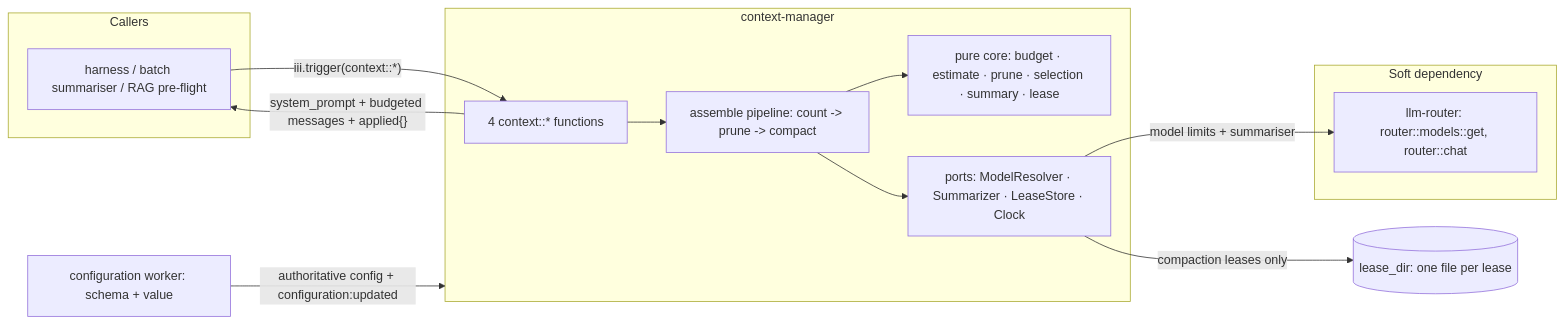
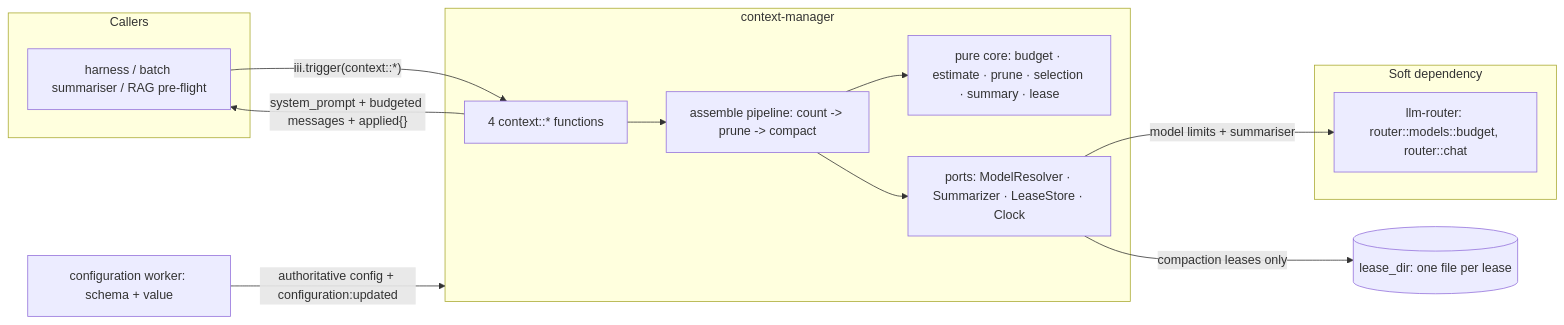
Before and after one commit to iii-hq/workers: the diagram in context-manager/architecture/README.md, drawn with Mermaid. The commit also changed other lines of this file and 24 other files, not shown here.

Commit message:
(MOT-4014) fix: align context compaction with router output budget

````diff
--- a/context-manager/architecture/README.md
+++ b/context-manager/architecture/README.md
@@ -47,24 +47,24 @@
 ```mermaid
 flowchart LR
   subgraph callers [Callers]
     harness[harness / batch summariser / RAG pre-flight]
   end
   subgraph worker [context-manager]
     fns["4 context::* functions"]
     pipe["assemble pipeline: count -> prune -> compact"]
     core["pure core: budget · estimate · prune · selection · summary · lease"]
     ports["ports: ModelResolver · Summarizer · LeaseStore · Clock"]
   end
   subgraph deps [Soft dependency]
-    router["llm-router: router::models::get, router::chat"]
+    router["llm-router: router::models::budget, router::chat"]
   end
   leases[("lease_dir: one file per lease")]
   cfg["configuration worker: schema + value"]
   harness -->|"iii.trigger(context::*)"| fns
   fns --> pipe --> core
   pipe --> ports
   ports -->|model limits + summariser| router
   ports -->|compaction leases only| leases
   cfg -->|"authoritative config + configuration:updated"| worker
   fns -->|"system_prompt + budgeted messages + applied{}"| harness
 ```
````
